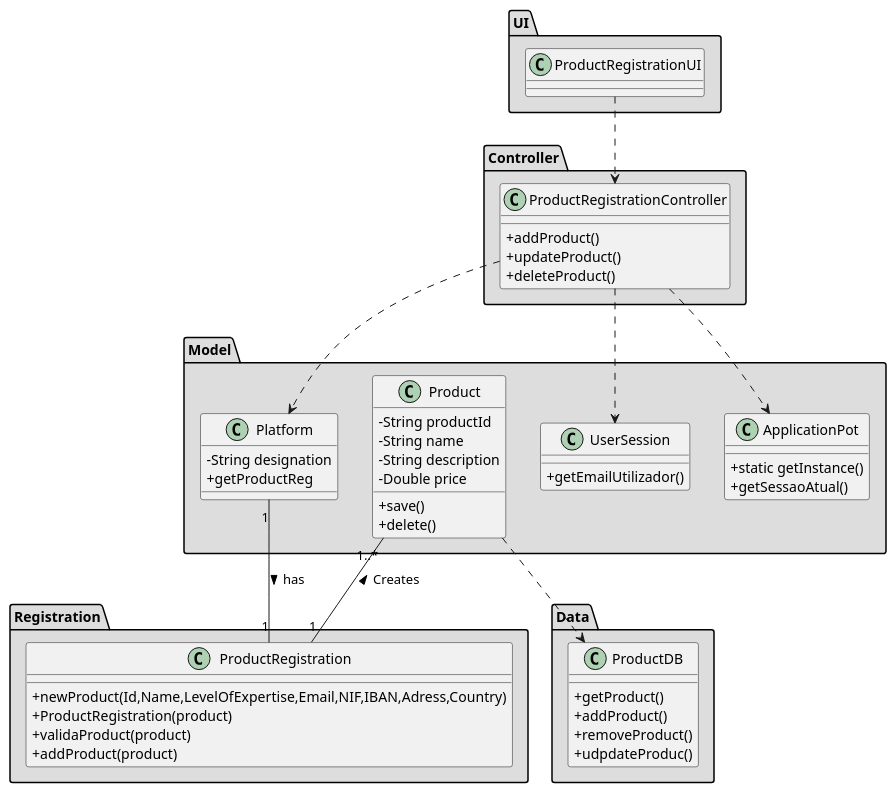
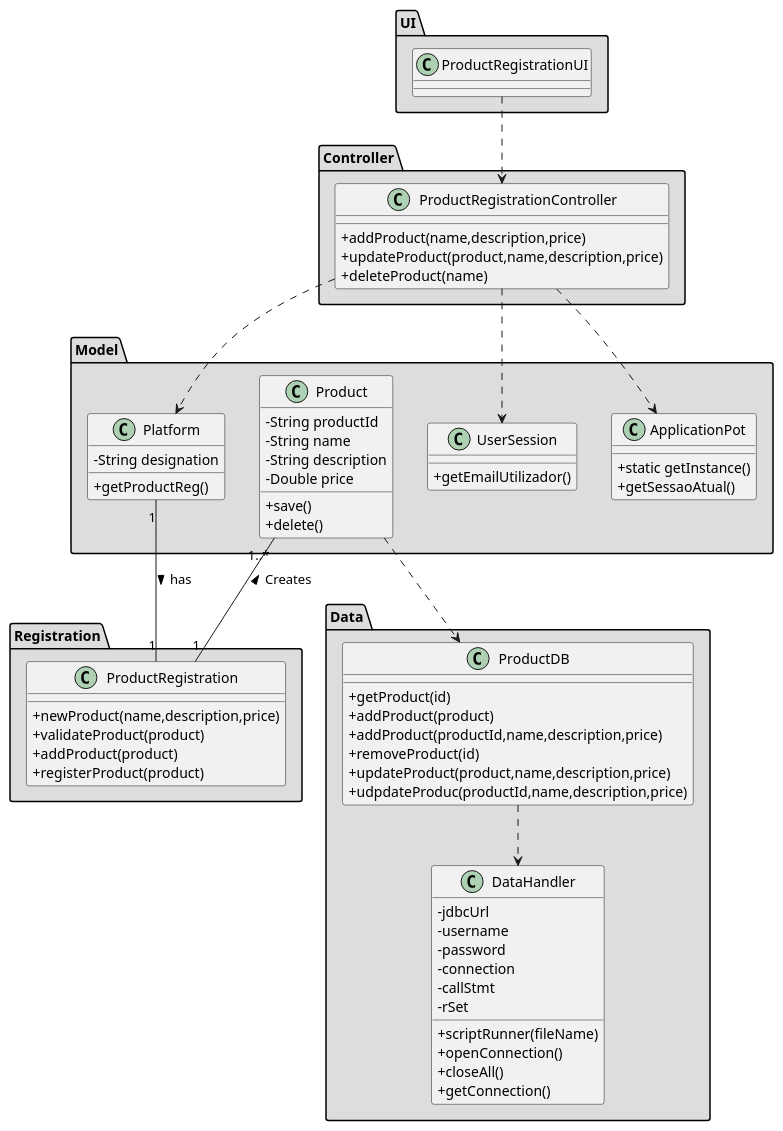
The diagram in docs/Iteration 1/Product Management/US70_RegisterProduct/US70_CD.puml (tiagoavcosta25/LAPR3), drawn with PlantUML before and after one commit. The commit also changed 8 other files, not shown here.

Commit message:
LAPR2AP2-70 #close Product Registration [Analysis]

```diff
--- a/docs/Iteration 1/Product Management/US70_RegisterProduct/US70_CD.puml
+++ b/docs/Iteration 1/Product Management/US70_RegisterProduct/US70_CD.puml
@@ -1,69 +1,83 @@
 @startuml
 skinparam classAttributeIconSize 0
 package "UI" #DDDDDD {
     class ProductRegistrationUI{
     }
 }
 
 package "Controller" #DDDDDD {
     class ProductRegistrationController{
-        +addProduct()
-        +updateProduct()
-        +deleteProduct()
+        +addProduct(name,description,price)
+        +updateProduct(product,name,description,price)
+        +deleteProduct(name)
     }
 }
 
 package "Model" #DDDDDD {
     class Platform {
         -String designation
-        +getProductReg
+        +getProductReg()
     }
 
     class UserSession {
         +getEmailUtilizador()
     }
 
     class ApplicationPot {
         +static getInstance()
         +getSessaoAtual()
     }
 
     class Product{
         -String productId
         -String name
         -String description
         -Double price
         +save()
         +delete()
     }
 }
 
 package "Registration" #DDDDDD {
     class ProductRegistration{
-        +newProduct(Id,Name,LevelOfExpertise,Email,NIF,IBAN,Adress,Country)
-        +ProductRegistration(product)
-        +validaProduct(product)
+        +newProduct(name,description,price)
+        +validateProduct(product)
         +addProduct(product)
+        +registerProduct(product)
     }
 }
 
 package "Data" #DDDDDD {
     class ProductDB{
-        +getProduct()
-        +addProduct()
-        +removeProduct()
-        +udpdateProduc()
+        +getProduct(id)
+        +addProduct(product)
+        +addProduct(productId,name,description,price)
+        +removeProduct(id)
+        +updateProduct(product,name,description,price)
+        +udpdateProduc(productId,name,description,price)
+    }
+
+    class DataHandler{
+        -jdbcUrl
+        -username
+        -password
+        -connection
+        -callStmt
+        -rSet
+        +scriptRunner(fileName)
+        +openConnection()
+        +closeAll()
+        +getConnection()
     }
 }
 
 
 ProductRegistrationUI ..> ProductRegistrationController
 ProductRegistrationController ..> Platform
 ProductRegistrationController ..> ApplicationPot
 ProductRegistrationController ..> UserSession
 Platform "1" -- "1" ProductRegistration: has >
-
-
 ProductRegistration "1" -- "1..*" Product: Creates >
 Product ..> ProductDB
+ProductDB ..> DataHandler
 @enduml
```
